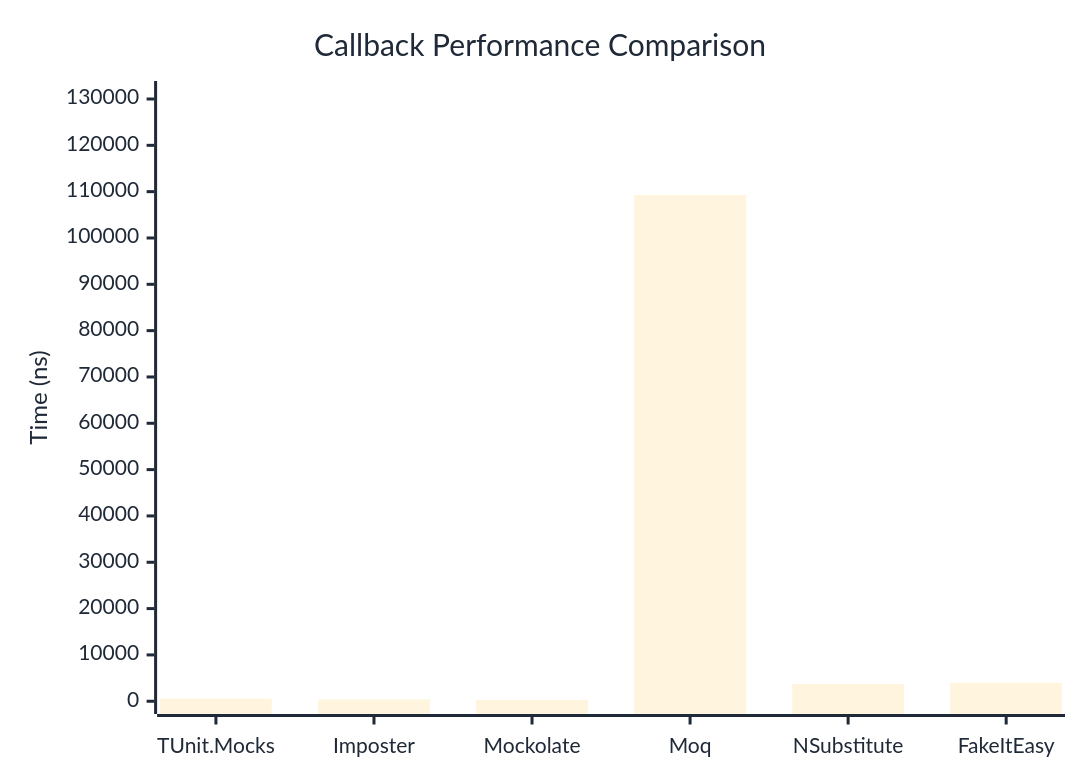
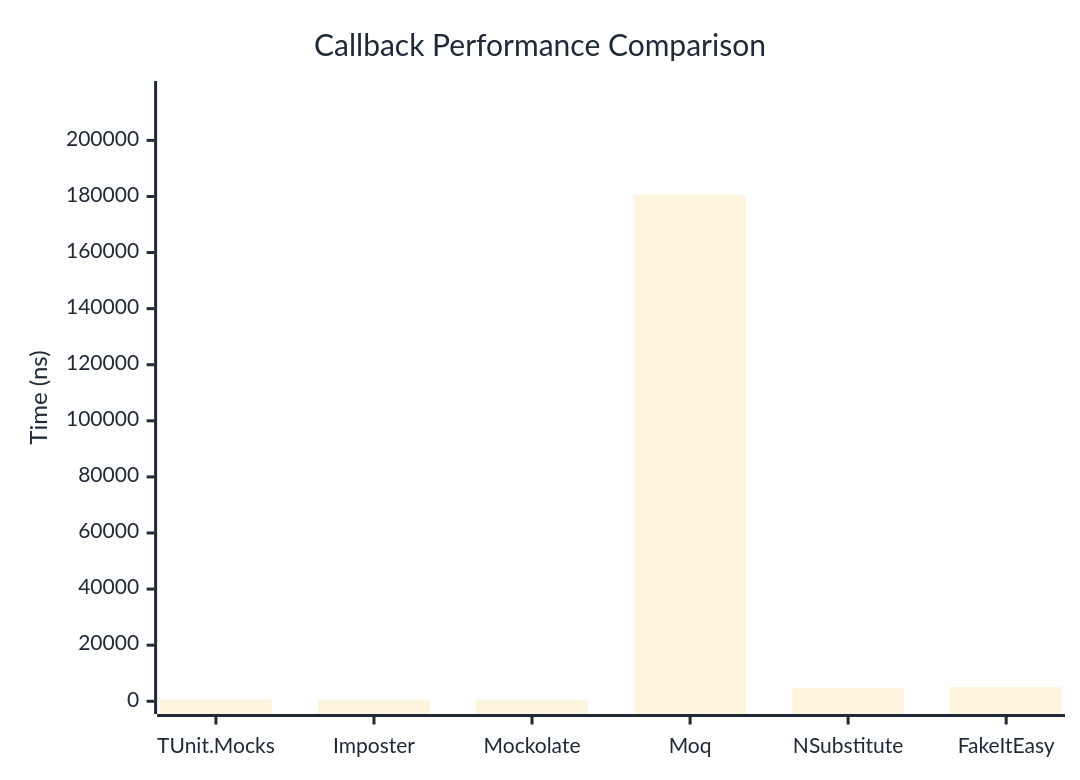
The first of 2 diagrams in docs/docs/benchmarks/mocks/Callback.md (thomhurst/TUnit), drawn with Mermaid before and after one commit. The commit also changed other lines of this file and 14 other files, not shown here.

````diff
--- a/docs/docs/benchmarks/mocks/Callback.md
+++ b/docs/docs/benchmarks/mocks/Callback.md
@@ -30,27 +30,27 @@
 ```mermaid
 %%{init: {
   'theme':'base',
   'themeVariables': {
     'primaryColor': '#2563eb',
     'primaryTextColor': '#1f2937',
     'primaryBorderColor': '#1e40af',
     'lineColor': '#6b7280',
     'secondaryColor': '#7c3aed',
     'tertiaryColor': '#dc2626',
     'background': '#ffffff',
     'pie1': '#2563eb',
     'pie2': '#7c3aed',
     'pie3': '#dc2626',
     'pie4': '#f59e0b',
     'pie5': '#10b981',
     'pie6': '#06b6d4',
     'pie7': '#ec4899',
     'pie8': '#6366f1'
   }
 }}%%
 xychart-beta
   title "Callback Performance Comparison"
   x-axis ["TUnit.Mocks", "Imposter", "Mockolate", "Moq", "NSubstitute", "FakeItEasy"]
-  y-axis "Time (ns)" 0 --> 131133
-  bar [564.1, 393.3, 288.8, 109276.8, 3746.2, 3983.2]
+  y-axis "Time (ns)" 0 --> 216629
+  bar [650.3, 450.4, 325.5, 180524.1, 4779.4, 5019.8]
 ```
````
